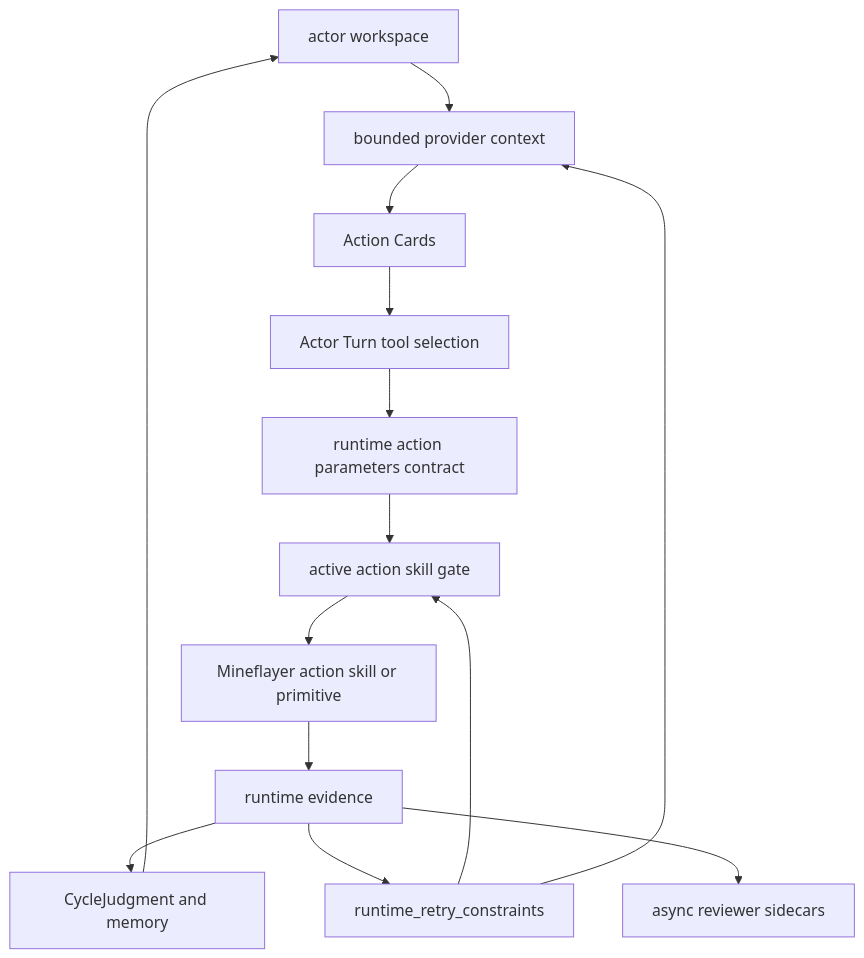
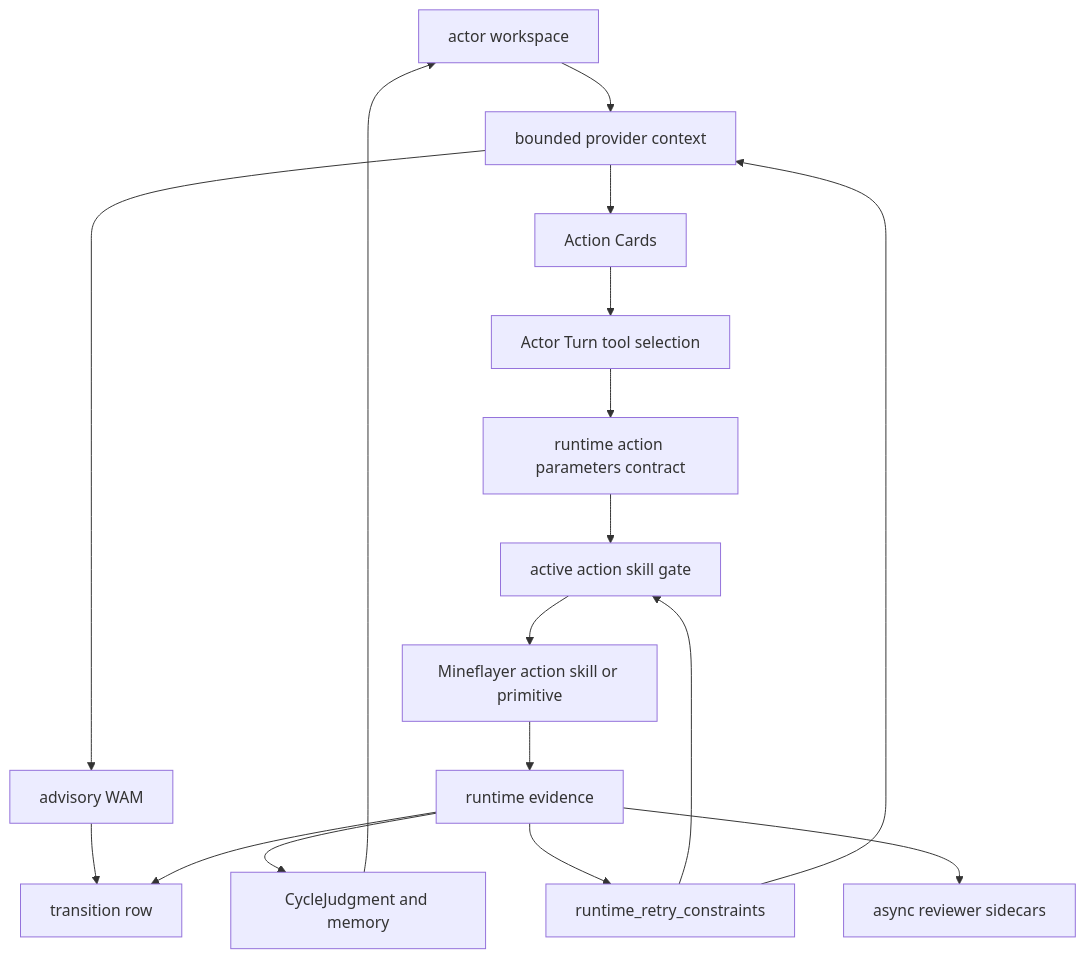
The first of 2 diagrams in project-docs/intro.md (gigio1023/minecraft-llm-agent-community), drawn with Mermaid before and after one commit. The commit also changed other lines of this file and 34 other files, not shown here.

````diff
--- a/project-docs/intro.md
+++ b/project-docs/intro.md
@@ -47,28 +56,33 @@
 ```mermaid
 flowchart TD
   Workspace["actor workspace"]
   Context["bounded provider context"]
+  WAM["advisory WAM"]
   Cards["Action Cards"]
   Proposal["Actor Turn tool selection"]
   Gate["active action skill gate"]
   Action["Mineflayer action skill or primitive"]
   Evidence["runtime evidence"]
   Contract["runtime action parameters contract"]
   Retry["runtime_retry_constraints"]
   Judgment["CycleJudgment and memory"]
+  Row["transition row"]
   Review["async reviewer sidecars"]
 
   Workspace --> Context
   Context --> Cards
+  Context --> WAM
   Cards --> Proposal
   Proposal --> Contract
   Contract --> Gate
   Retry --> Gate
   Gate --> Action
   Action --> Evidence
+  WAM --> Row
+  Evidence --> Row
   Evidence --> Judgment
   Judgment --> Workspace
   Evidence --> Retry
   Retry --> Context
   Evidence --> Review
 ```
````
